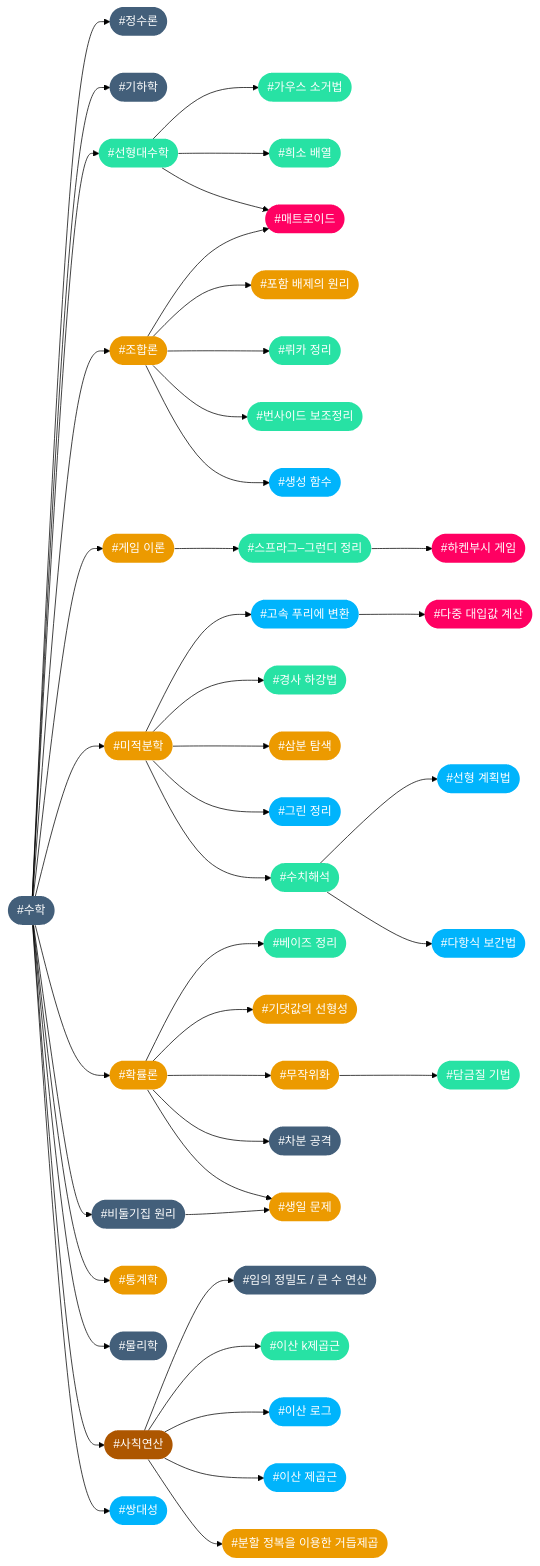
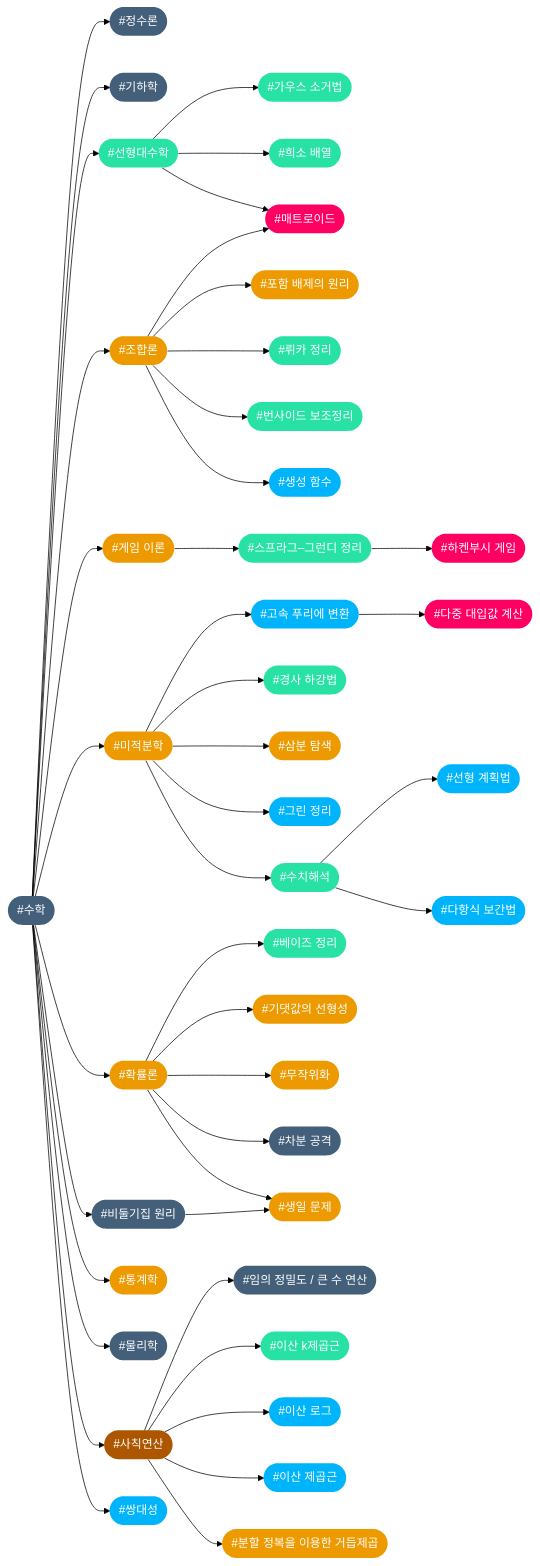
The tenth of 14 diagrams in index.md (CHOYUNSIG/algorithm_with_boj), drawn with Mermaid (forest theme) before and after one commit. The commit also changed other lines of this file and 1 other file, not shown here.

```diff
--- a/index.md
+++ b/index.md
@@ -535,7 +535,6 @@
     #probability --> #randomization
     #probability --> #differential_cryptanalysis
     #probability --> #birthday
-    #randomization --> #simulated_annealing
     #numerical_analysis --> #linear_programming
     #numerical_analysis --> #polynomial_interpolation
     #arithmetic --> #arbitrary_precision
@@ -554,7 +553,6 @@
     #geometry(["#기하학"]):::tier1
     #multipoint_evaluation(["#다중 대입값 계산"]):::tier5
     #polynomial_interpolation(["#다항식 보간법"]):::tier4
-    #simulated_annealing(["#담금질 기법"]):::tier3
     #lucas(["#뤼카 정리"]):::tier3
     #matroid(["#매트로이드"]):::tier5
     #randomization(["#무작위화"]):::tier2
```
